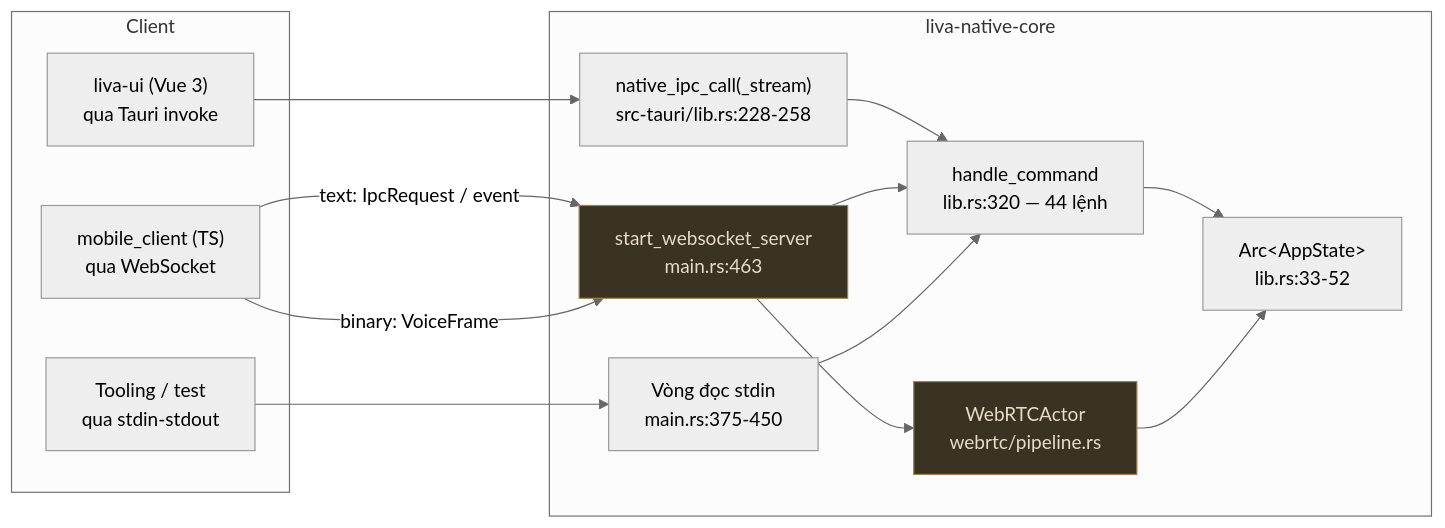
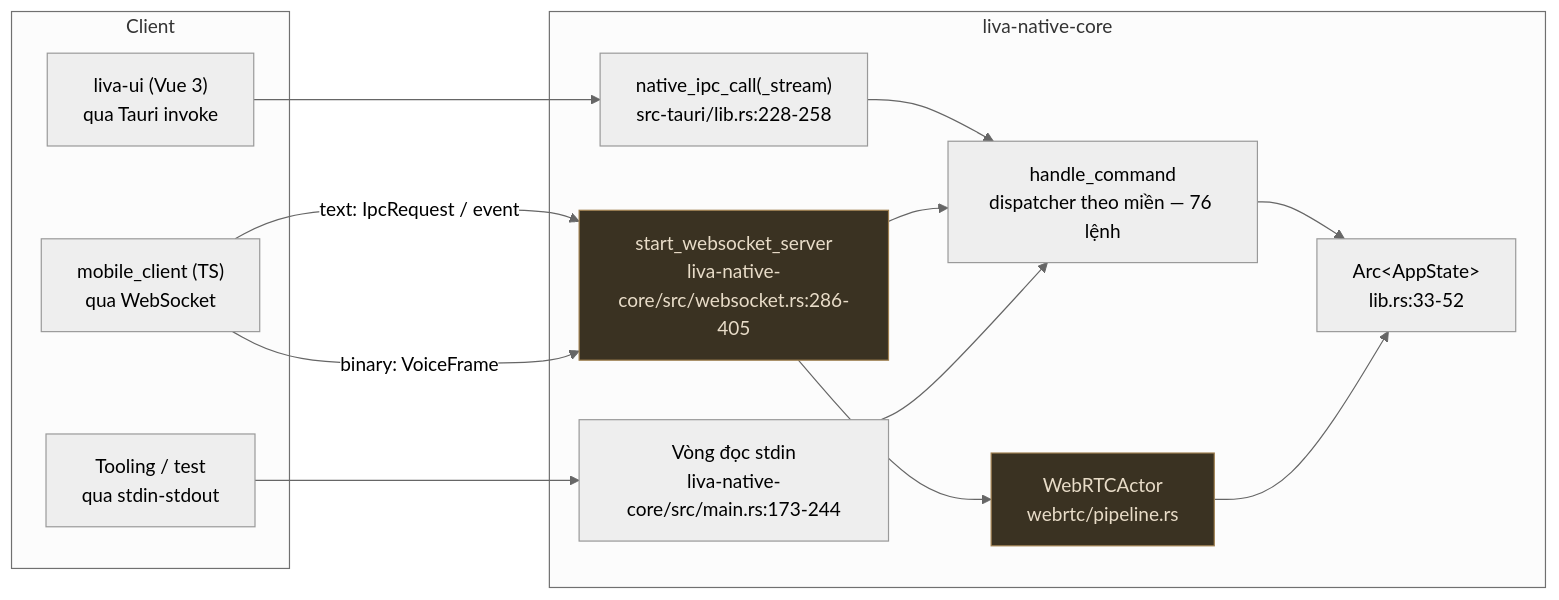
The first of 5 diagrams in docs/01-ban-ve/02-giao-thuc-ipc-va-websocket.md (DuongNAD/LIVA), drawn with Mermaid (neutral theme) before and after one commit. The commit also changed other lines of this file and 59 other files, not shown here.

````diff
--- a/docs/01-ban-ve/02-giao-thuc-ipc-va-websocket.md
+++ b/docs/01-ban-ve/02-giao-thuc-ipc-va-websocket.md
@@ -106,28 +106,28 @@
 ```mermaid
 flowchart LR
     subgraph CLIENTS["Client"]
         UI["liva-ui (Vue 3)<br/>qua Tauri invoke"]
         MOB["mobile_client (TS)<br/>qua WebSocket"]
         CLI["Tooling / test<br/>qua stdin-stdout"]
     end
 
     subgraph CORE["liva-native-core"]
-        WS["start_websocket_server<br/>main.rs:463"]
-        STDIO["Vòng đọc stdin<br/>main.rs:375-450"]
+        WS["start_websocket_server<br/>liva-native-core/src/websocket.rs:286-405"]
+        STDIO["Vòng đọc stdin<br/>liva-native-core/src/main.rs:173-244"]
         TAURI["native_ipc_call(_stream)<br/>src-tauri/lib.rs:228-258"]
-        HC["handle_command<br/>lib.rs:320 — 44 lệnh"]
+        HC["handle_command<br/>dispatcher theo miền — 76 lệnh"]
         ACT["WebRTCActor<br/>webrtc/pipeline.rs"]
         ST["Arc&lt;AppState&gt;<br/>lib.rs:33-52"]
     end
 
     UI --> TAURI --> HC
     MOB -->|"text: IpcRequest / event"| WS --> HC
     MOB -->|"binary: VoiceFrame"| WS --> ACT
     CLI --> STDIO --> HC
 
     HC --> ST
     ACT --> ST
 
     classDef partial fill:#3a3222,stroke:#a08050,color:#e8dcc8
     class WS,ACT partial
 ```
````
